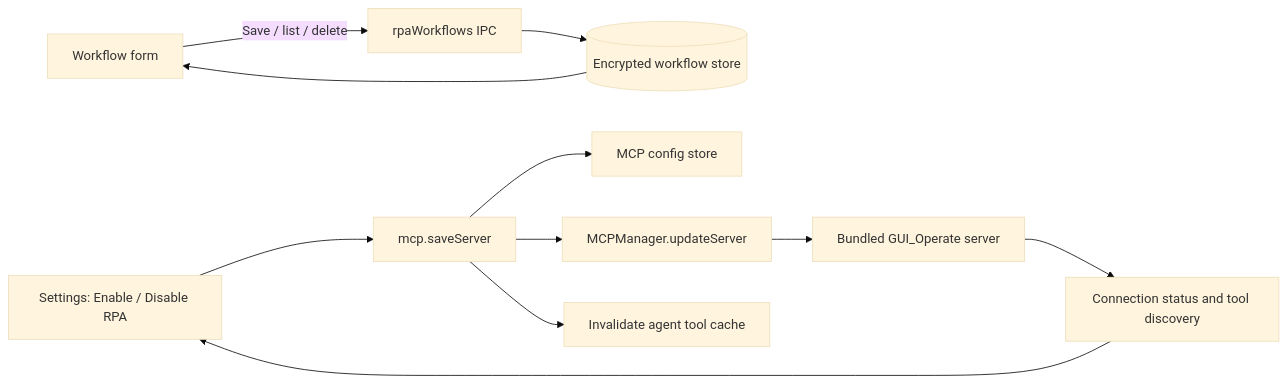
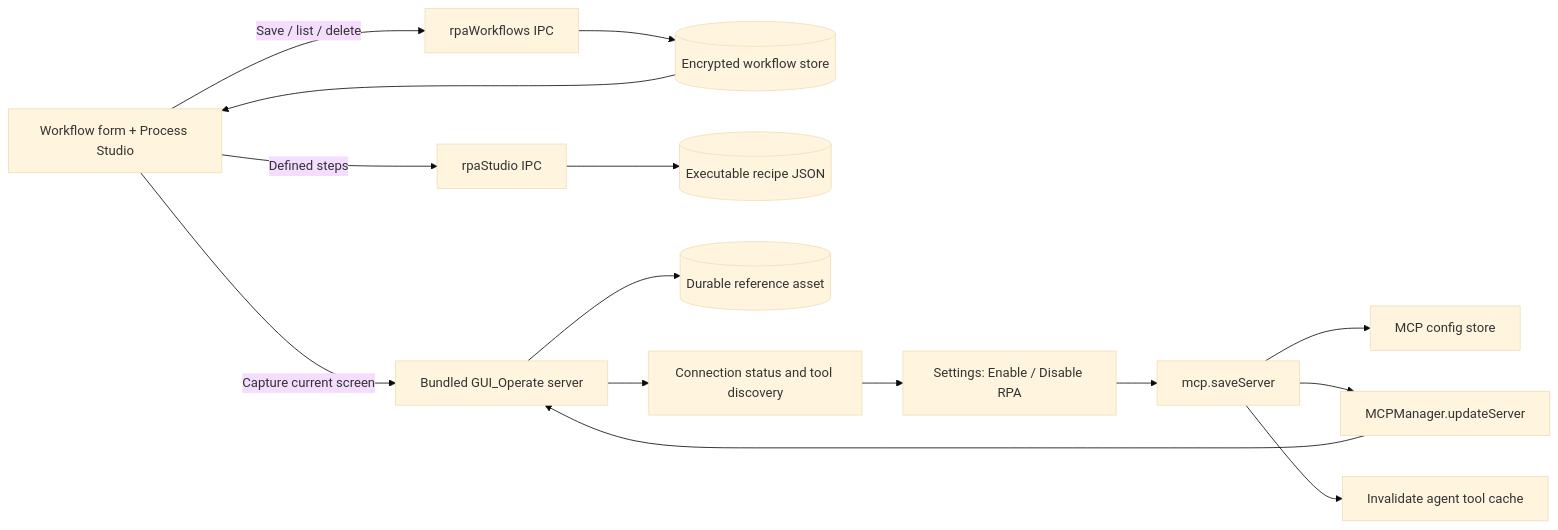
One commit to dineshsrivastava07-cell/dsr-CoworkAI changed diagram 13 of 16 in Architecture.md. Above: the diagram before and after it, drawn with Mermaid (base theme). The commit also changed other lines of this file and 11 other files, not shown here.

Commit message:
feat(rpa): add process studio and advanced scheduling

````diff
--- a/Architecture.md
+++ b/Architecture.md
@@ -383,13 +385,17 @@
 ```mermaid
 flowchart LR
-    FORM[Workflow form] -->|Save / list / delete| WFIPC[rpaWorkflows IPC]
+    FORM[Workflow form + Process Studio] -->|Save / list / delete| WFIPC[rpaWorkflows IPC]
     WFIPC --> WFSTORE[(Encrypted workflow store)]
     WFSTORE --> FORM
+    FORM -->|Defined steps| STUDIO[rpaStudio IPC]
+    STUDIO --> RECIPE[(Executable recipe JSON)]
+    FORM -->|Capture current screen| GUI[GUI_Operate screenshot]
+    GUI --> ASSET[(Durable reference asset)]
     UI[Settings: Enable / Disable RPA] --> IPC[mcp.saveServer]
     IPC --> STORE[MCP config store]
     IPC --> MGR[MCPManager.updateServer]
     MGR --> GUI[Bundled GUI_Operate server]
     GUI --> STATUS[Connection status and tool discovery]
     STATUS --> UI
     IPC --> CACHE[Invalidate agent tool cache]
 ```
````
